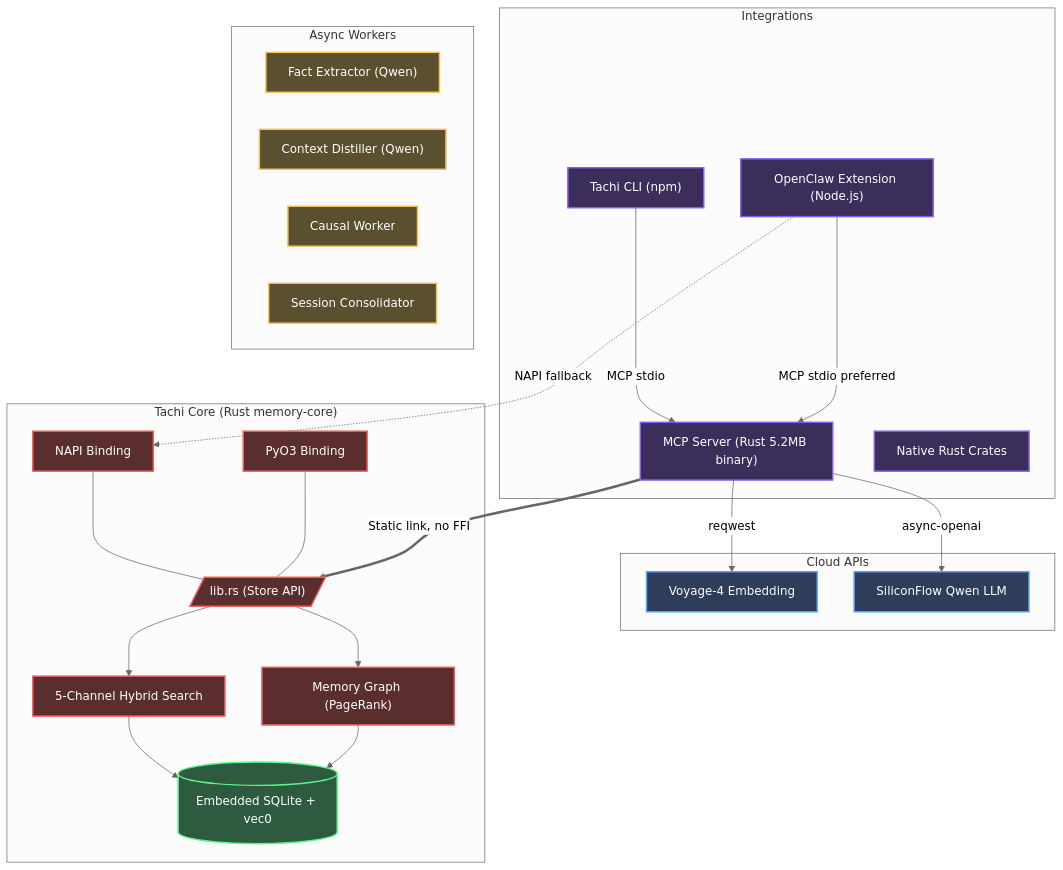
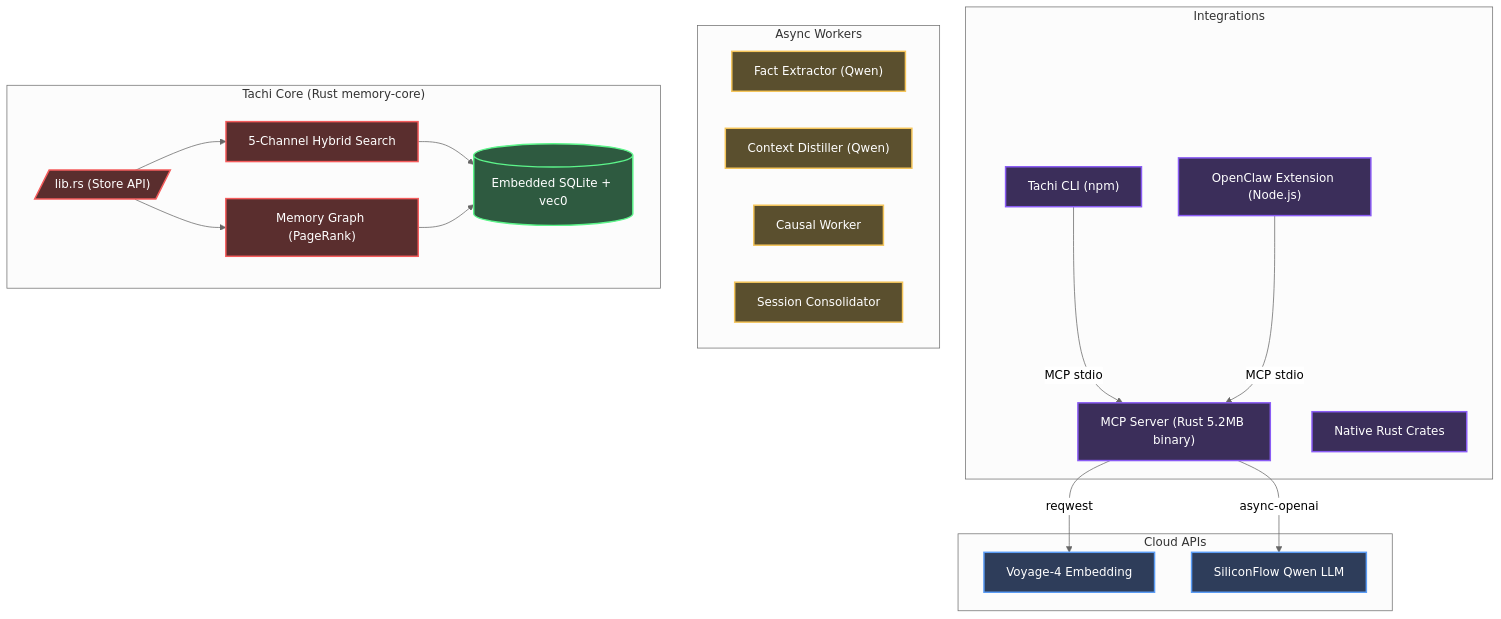
The diagram in README.en.md (kckylechen1/Tachi), drawn with Mermaid (neutral theme) before and after one commit. The commit also changed other lines of this file and 9 other files, not shown here.

Commit message:
chore: modernize CI and simplify OpenClaw MCP-only docs/install flow

````diff
--- a/README.en.md
+++ b/README.en.md
@@ -259,54 +259,48 @@
 ```mermaid
 graph TD
     subgraph Clients["Integrations"]
         CLI["Tachi CLI (npm)"]
         RMCP["MCP Server (Rust 5.2MB binary)"]
         OC["OpenClaw Extension (Node.js)"]
         NATIVE["Native Rust Crates"]
     end
 
     subgraph Cloud["Cloud APIs"]
         VOYAGE["Voyage-4 Embedding"]
         SILICON["SiliconFlow Qwen LLM"]
     end
 
     subgraph Operations["Async Workers"]
         EXTRACT["Fact Extractor (Qwen)"]
         DISTILL["Context Distiller (Qwen)"]
         CAUSAL["Causal Worker"]
         CONSOLIDATE["Session Consolidator"]
     end
 
     subgraph Core["Tachi Core (Rust memory-core)"]
-        NAPI["NAPI Binding"]
-        PYO3["PyO3 Binding"]
-
-        NAPI --- LIB[/"lib.rs (Store API)"/]
-        PYO3 --- LIB
+        LIB[/"lib.rs (Store API)"/]
 
         LIB --> SEARCH["5-Channel Hybrid Search"]
         LIB --> GRAPH["Memory Graph (PageRank)"]
 
         SEARCH --> SQLITE[("Embedded SQLite + vec0")]
         GRAPH --> SQLITE
     end
 
-    RMCP ==>|"Static link, no FFI"| LIB
     RMCP -->|"reqwest"| VOYAGE
     RMCP -->|"async-openai"| SILICON
     CLI -->|"MCP stdio"| RMCP
-    OC -->|"MCP stdio preferred"| RMCP
-    OC -.->|"NAPI fallback"| NAPI
+    OC -->|"MCP stdio"| RMCP
 
     classDef client fill:#3b2e5a,stroke:#8a5cf5,stroke-width:2px,color:#fff;
     classDef cloud fill:#2e3d5a,stroke:#5a9cf5,stroke-width:2px,color:#fff;
     classDef worker fill:#5a4f2e,stroke:#f5c55a,stroke-width:2px,color:#fff;
     classDef rust fill:#5a2e2e,stroke:#f55c5c,stroke-width:2px,color:#fff;
     classDef db fill:#2e5a40,stroke:#5cf58a,stroke-width:2px,color:#fff;
 
     class CLI,RMCP,OC,NATIVE client;
     class VOYAGE,SILICON cloud;
     class EXTRACT,DISTILL,CAUSAL,CONSOLIDATE worker;
-    class NAPI,PYO3,LIB,SEARCH,GRAPH rust;
+    class LIB,SEARCH,GRAPH rust;
     class SQLITE db;
 ```
````
